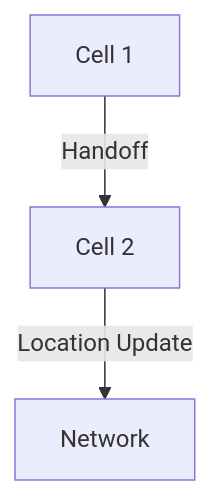
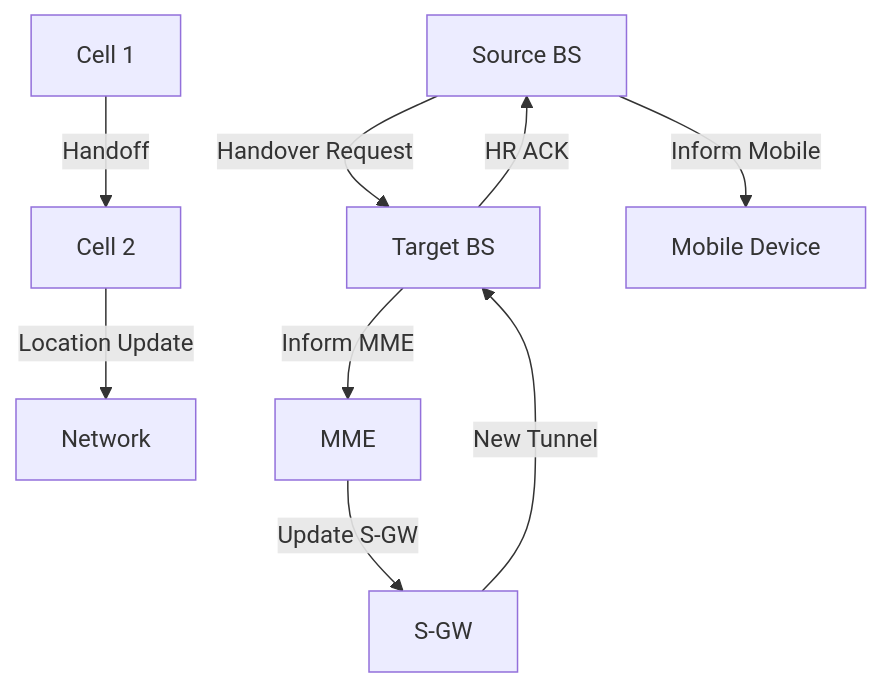
One commit to Attash2312/cntheory changed the diagram in ch7/7.7_Managing_Mobility_Cellular.md. Above: the diagram before and after it, drawn with Mermaid. The commit also changed other lines of this file and 79 other files, not shown here.

````diff
--- a/ch7/7.7_Managing_Mobility_Cellular.md
+++ b/ch7/7.7_Managing_Mobility_Cellular.md
@@ -22,5 +128,11 @@
 ```mermaid
 graph TD
   A[Cell 1] -- Handoff --> B[Cell 2]
   B -- Location Update --> C[Network]
+  D[Source BS] -- Handover Request --> E[Target BS]
+  E -- HR ACK --> D
+  D -- Inform Mobile --> F[Mobile Device]
+  E -- Inform MME --> G[MME]
+  G -- Update S-GW --> H[S-GW]
+  H -- New Tunnel --> E
 ```
````
